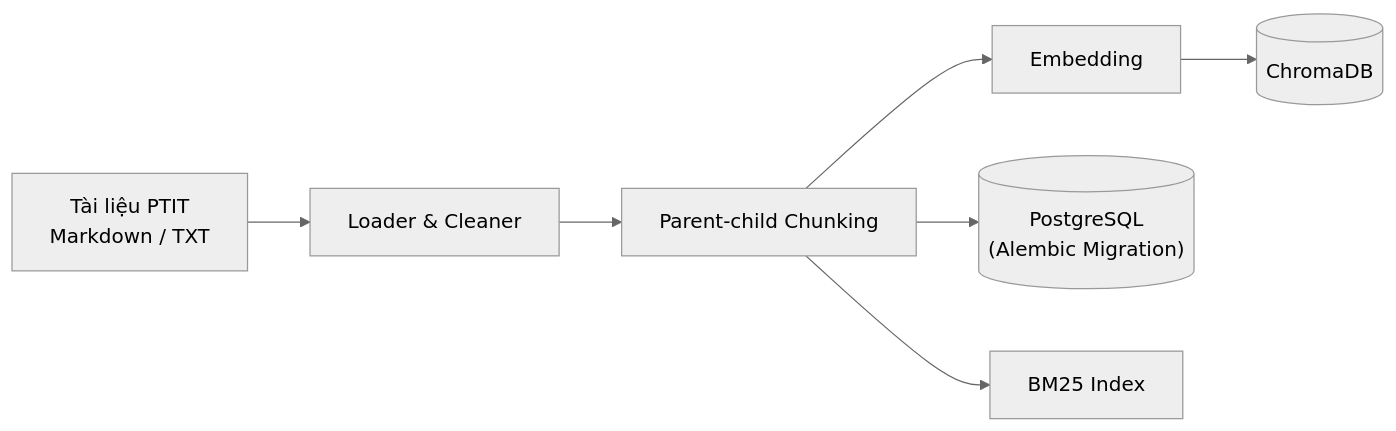
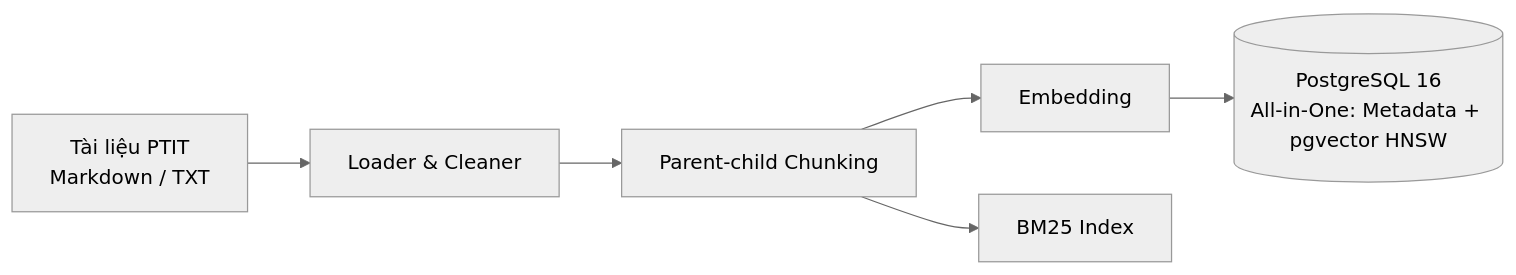
One commit to 8thMay03/PTIT-Chatbot changed the first of 2 diagrams in README.md. Above: the diagram before and after it, drawn with Mermaid (neutral theme). The commit also changed other lines of this file and 13 other files, not shown here.

````diff
--- a/README.md
+++ b/README.md
@@ -41,9 +41,8 @@
 ```mermaid
 flowchart LR
     A["Tài liệu PTIT<br/>Markdown / TXT"] --> B["Loader & Cleaner"]
     B --> C["Parent-child Chunking"]
     C --> D["Embedding"]
-    D --> E[("ChromaDB")]
-    C --> F[("PostgreSQL<br/>(Alembic Migration)")]
-    C --> G["BM25 Index"]
+    D --> E[("PostgreSQL 16<br/>All-in-One: Metadata + pgvector HNSW")]
+    C --> F["BM25 Index"]
 ```
````
